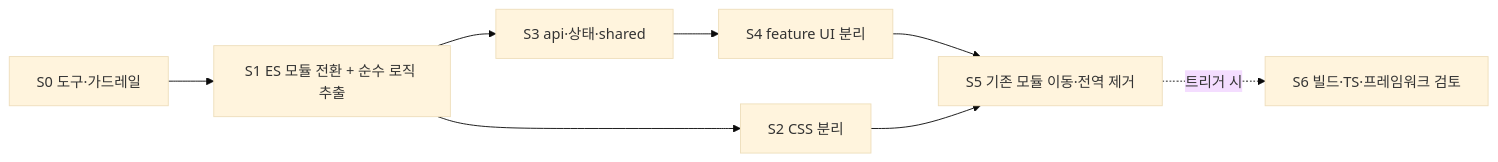
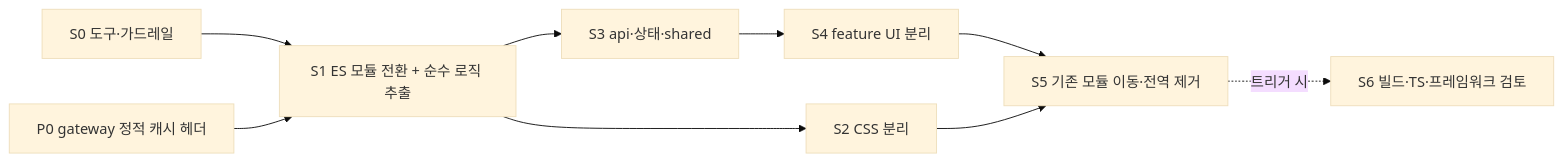
The diagram in docs/architecture/eve-web-refactor.md (gun025bba/eve-serving), drawn with Mermaid (base theme) before and after one commit. The commit also changed other lines of this file, not shown here.

Commit message:
docs(architecture): eve-web refactor memo rev 2 (FE review: SW/module version mixing, feature deps, CSP, P0, Q1-Q4)

````diff
--- a/docs/architecture/eve-web-refactor.md
+++ b/docs/architecture/eve-web-refactor.md
@@ -274,10 +285,11 @@
 ```mermaid
 flowchart LR
   S0[S0 도구·가드레일] --> S1[S1 ES 모듈 전환 + 순수 로직 추출]
+  P0[P0 gateway 정적 캐시 헤더] --> S1
   S1 --> S2[S2 CSS 분리]
   S1 --> S3[S3 api·상태·shared]
   S3 --> S4[S4 feature UI 분리]
   S4 --> S5[S5 기존 모듈 이동·전역 제거]
   S2 --> S5
   S5 -.트리거 시.-> S6[S6 빌드·TS·프레임워크 검토]
 ```
````
